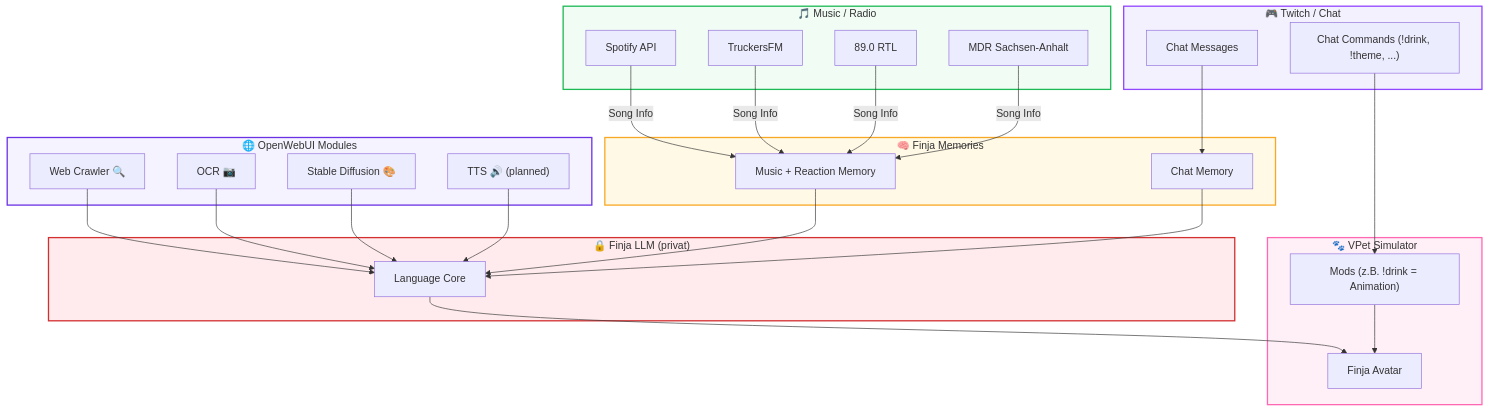
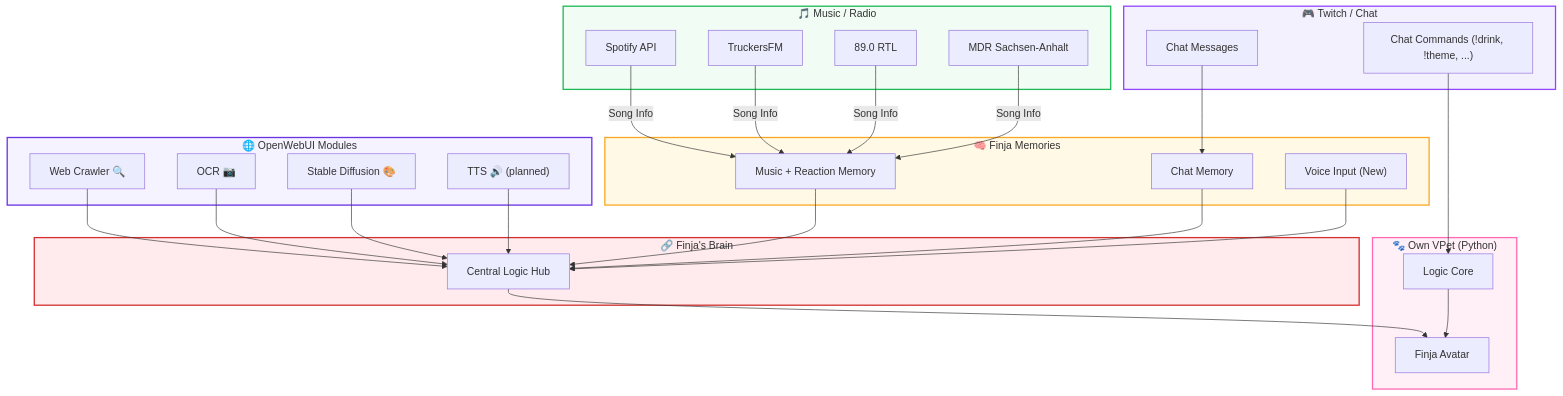
One commit to JohnV2002/Finja-AI-Ecosystem changed the diagram in README.md. Above: the diagram before and after it, drawn with Mermaid. The commit also changed other lines of this file, not shown here.

````diff
--- a/README.md
+++ b/README.md
@@ -90,42 +73,43 @@
 ```mermaid
 flowchart TD
     subgraph Twitch["🎮 Twitch / Chat"]
         A1["Chat Messages"]
         A2["Chat Commands (!drink, !theme, ...)"]
     end
     subgraph Music["🎵 Music / Radio"]
         B1["Spotify API"]
         B2["TruckersFM"]
         B3["89.0 RTL"]
         B4["MDR Sachsen-Anhalt"]
     end
     subgraph Memories["🧠 Finja Memories"]
         C1["Chat Memory"]
         C2["Music + Reaction Memory"]
+        C3["Voice Input (New)"]
     end
     subgraph OpenWebUI["🌐 OpenWebUI Modules"]
         D1["Web Crawler 🔍"]
         D2["OCR 📷"]
         D3["Stable Diffusion 🎨"]
         D4["TTS 🔊 (planned)"]
     end
-    subgraph VPet["🐾 VPet Simulator"]
+    subgraph VPet["🐾 Own VPet (Python)"]
         E1["Finja Avatar"]
-        E2["Mods (z.B. !drink = Animation)"]
+        E2["Logic Core"]
     end
-    subgraph LLM["🔒 Finja LLM (privat)"]
-        F1["Language Core"]
+    subgraph Brain["🔗 Finja's Brain"]
+        F1["Central Logic Hub"]
     end
 
     A1 --> C1; A2 --> E2
     B1 & B2 & B3 & B4 -->|Song Info| C2
-    C1 & C2 & D1 & D2 & D3 & D4 --> F1
+    C1 & C2 & C3 & D1 & D2 & D3 & D4 --> F1
     F1 --> E1; E2 --> E1
 
     style Twitch fill:#f4f1fe,stroke:#9146FF,stroke-width:2px
     style Music fill:#f0fcf4,stroke:#1DB954,stroke-width:2px
     style Memories fill:#fff9e6,stroke:#f9a825,stroke-width:2px
     style OpenWebUI fill:#f5f3ff,stroke:#6a32e2,stroke-width:2px
     style VPet fill:#fff0f7,stroke:#ff69b4,stroke-width:2px
-    style LLM fill:#ffebee,stroke:#d32f2f,stroke-width:2px
+    style Brain fill:#ffebee,stroke:#d32f2f,stroke-width:2px
 ```
````
